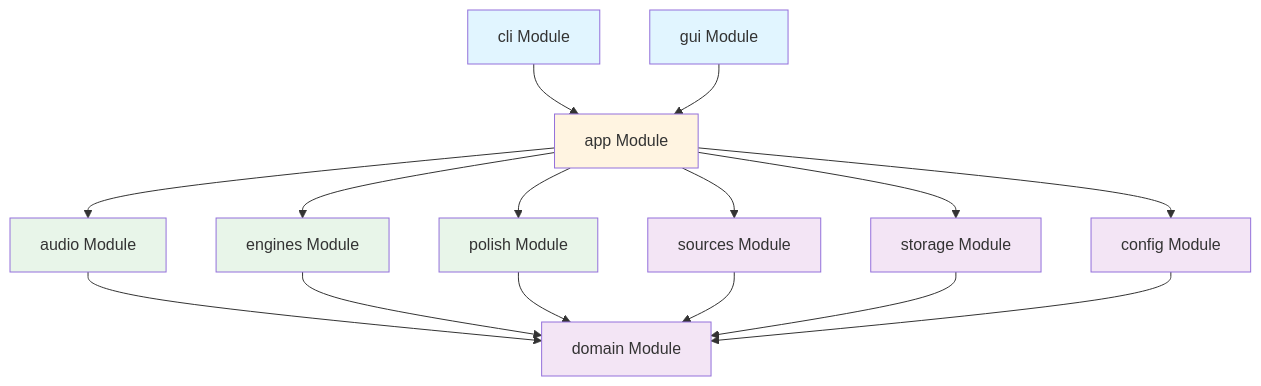
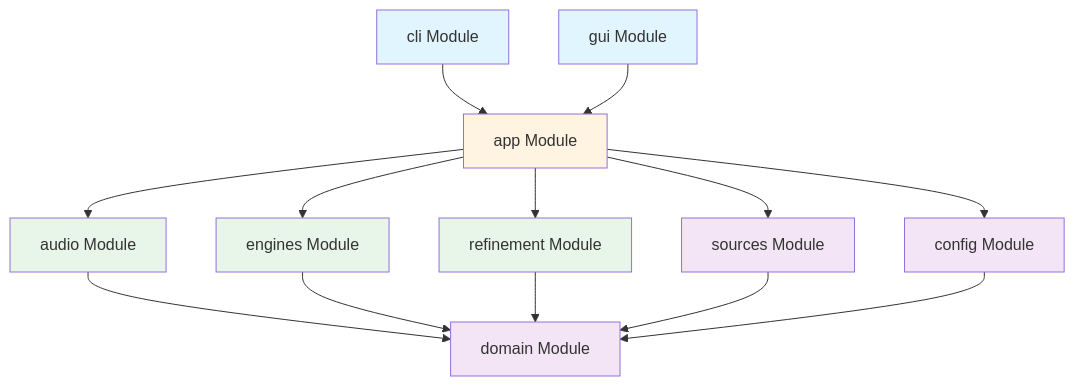
The fifth of 6 diagrams in Planning and Documentation/ARCHITECTURE.md (WanderingAstronomer/Vociferous), drawn with Mermaid before and after one commit. The commit also changed other lines of this file and 52 other files, not shown here.

````diff
--- a/Planning and Documentation/ARCHITECTURE.md
+++ b/Planning and Documentation/ARCHITECTURE.md
@@ -665,40 +712,36 @@
 ```mermaid
 graph TD
-    CLI[cli Module]
-    GUI[gui Module]
-    APP[app Module]
-    CFG[config Module]
-    SRC[sources Module]
-    AUD[audio Module]
-    ENG[engines Module]
-    POL[polish Module]
-    DOM[domain Module]
-    STO[storage Module]
+        CLI[cli Module]
+        GUI[gui Module]
+        APP[app Module]
+        CFG[config Module]
+        SRC[sources Module]
+        AUD[audio Module]
+        ENG[engines Module]
+        REF[refinement Module]
+        DOM[domain Module]
 
-    CLI --> APP
-    GUI --> APP
-    APP --> CFG
-    APP --> SRC
-    APP --> AUD
-    APP --> ENG
-    APP --> POL
-    APP --> STO
+        CLI --> APP
+        GUI --> APP
+        APP --> CFG
+        APP --> SRC
+        APP --> AUD
+        APP --> ENG
+        APP --> REF
     
-    AUD --> DOM
-    ENG --> DOM
-    POL --> DOM
-    SRC --> DOM
-    STO --> DOM
-    CFG --> DOM
+        AUD --> DOM
+        ENG --> DOM
+        REF --> DOM
+        SRC --> DOM
+        CFG --> DOM
 
-    style CLI fill:#e1f5ff
-    style GUI fill:#e1f5ff
-    style APP fill:#fff4e1
-    style AUD fill:#e8f5e9
-    style ENG fill:#e8f5e9
-    style POL fill:#e8f5e9
-    style CFG fill:#f3e5f5
-    style DOM fill:#f3e5f5
-    style SRC fill:#f3e5f5
-    style STO fill:#f3e5f5
+        style CLI fill:#e1f5ff
+        style GUI fill:#e1f5ff
+        style APP fill:#fff4e1
+        style AUD fill:#e8f5e9
+        style ENG fill:#e8f5e9
+        style REF fill:#e8f5e9
+        style CFG fill:#f3e5f5
+        style DOM fill:#f3e5f5
+        style SRC fill:#f3e5f5
 ```
````
